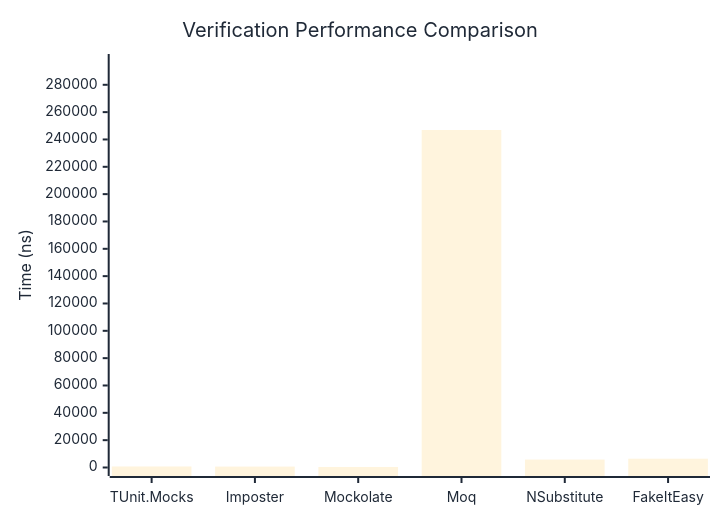
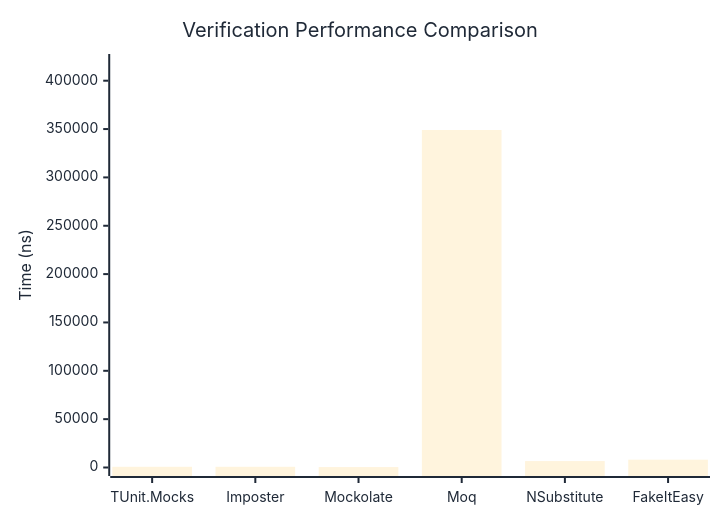
One commit to thomhurst/TUnit changed the first of 3 diagrams in docs/docs/benchmarks/mocks/Verification.md. Above: the diagram before and after it, drawn with Mermaid. The commit also changed other lines of this file and 14 other files, not shown here.

````diff
--- a/docs/docs/benchmarks/mocks/Verification.md
+++ b/docs/docs/benchmarks/mocks/Verification.md
@@ -30,27 +30,27 @@
 ```mermaid
 %%{init: {
   'theme':'base',
   'themeVariables': {
     'primaryColor': '#2563eb',
     'primaryTextColor': '#1f2937',
     'primaryBorderColor': '#1e40af',
     'lineColor': '#6b7280',
     'secondaryColor': '#7c3aed',
     'tertiaryColor': '#dc2626',
     'background': '#ffffff',
     'pie1': '#2563eb',
     'pie2': '#7c3aed',
     'pie3': '#dc2626',
     'pie4': '#f59e0b',
     'pie5': '#10b981',
     'pie6': '#06b6d4',
     'pie7': '#ec4899',
     'pie8': '#6366f1'
   }
 }}%%
 xychart-beta
   title "Verification Performance Comparison"
   x-axis ["TUnit.Mocks", "Imposter", "Mockolate", "Moq", "NSubstitute", "FakeItEasy"]
-  y-axis "Time (ns)" 0 --> 296308
-  bar [748.37, 673.64, 398.33, 246923.12, 5807.42, 6436.14]
+  y-axis "Time (ns)" 0 --> 418827
+  bar [742.31, 743.55, 433.85, 349022.01, 6649.64, 8090.37]
 ```
````
